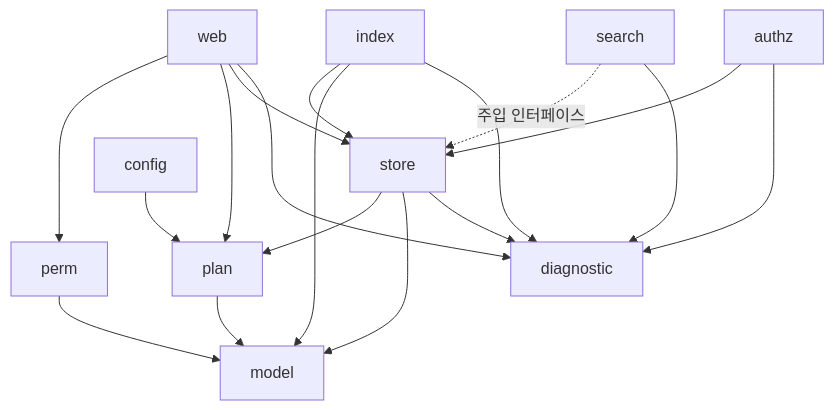
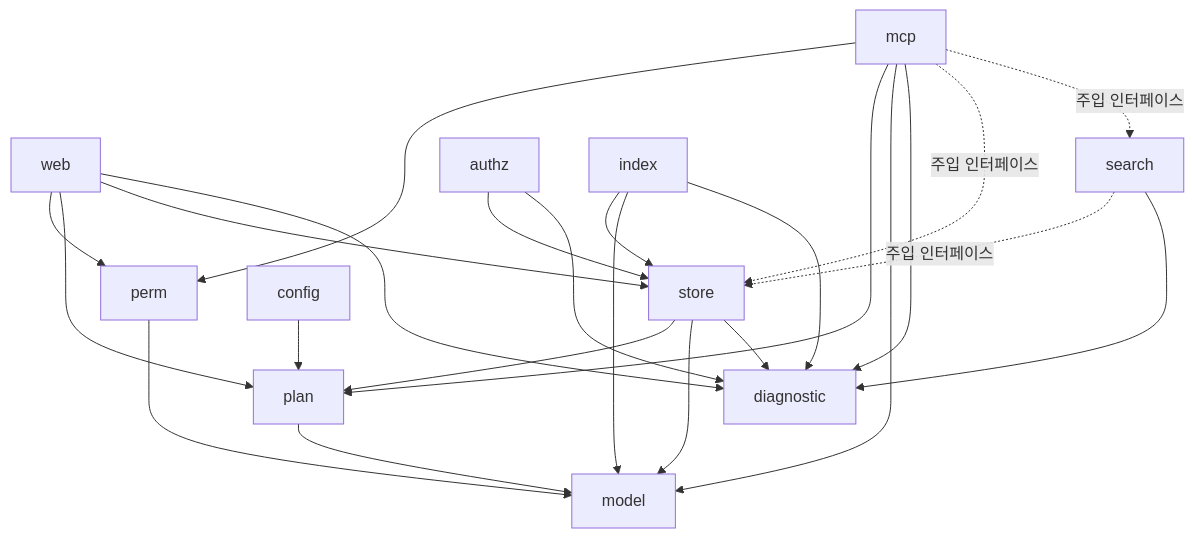
The second of 2 diagrams in spec/service/agent-context/sdd/architecture.md (Alpha-gone/agent-context-sharing), drawn with Mermaid before and after one commit. The commit also changed other lines of this file and 14 other files, not shown here.

````diff
--- a/spec/service/agent-context/sdd/architecture.md
+++ b/spec/service/agent-context/sdd/architecture.md
@@ -108,30 +108,37 @@
 ```mermaid
 flowchart TB
     Web[web]
     Search[search]
     Perm[perm]
     Authz[authz]
     Index[index]
     Store[store]
     Plan[plan]
     Model[model]
     Config[config]
     Diagnostic[diagnostic]
+    MCP[mcp]
+    MCP --> Perm
+    MCP --> Plan
+    MCP --> Model
+    MCP --> Diagnostic
+    MCP -. 주입 인터페이스 .-> Store
+    MCP -. 주입 인터페이스 .-> Search
     Web --> Perm
     Web --> Plan
     Web --> Store
     Search -. 주입 인터페이스 .-> Store
     Perm --> Model
     Index --> Store
     Index --> Model
     Authz --> Store
     Config --> Plan
     Store --> Plan
     Store --> Model
     Plan --> Model
     Web --> Diagnostic
     Search --> Diagnostic
     Authz --> Diagnostic
     Index --> Diagnostic
     Store --> Diagnostic
 ```
````
